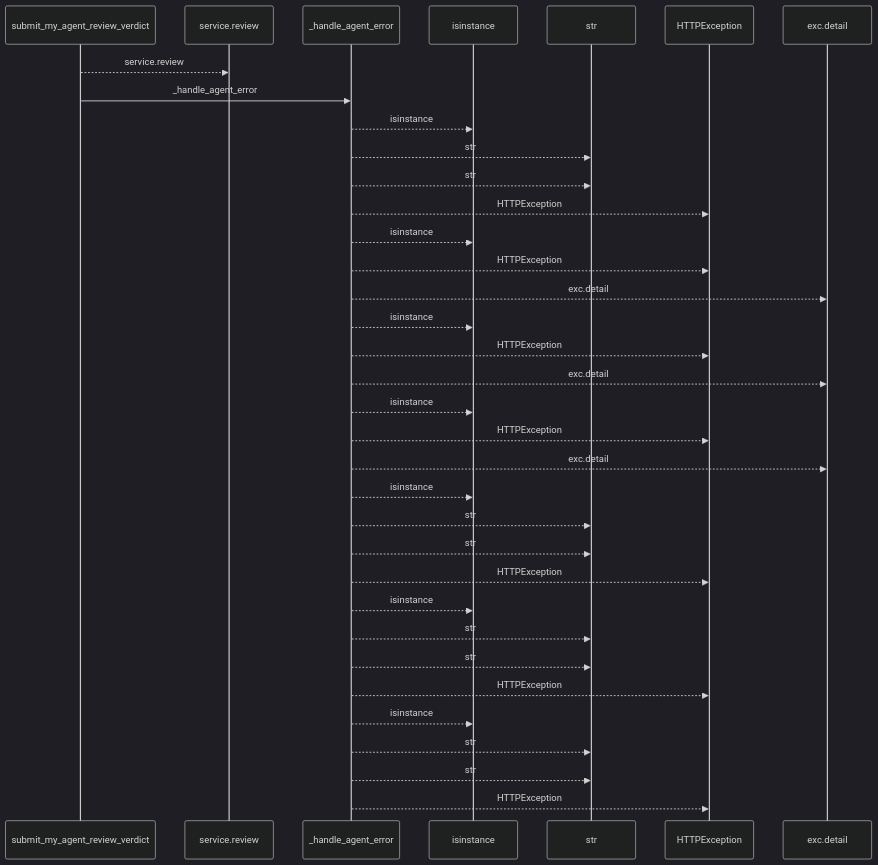
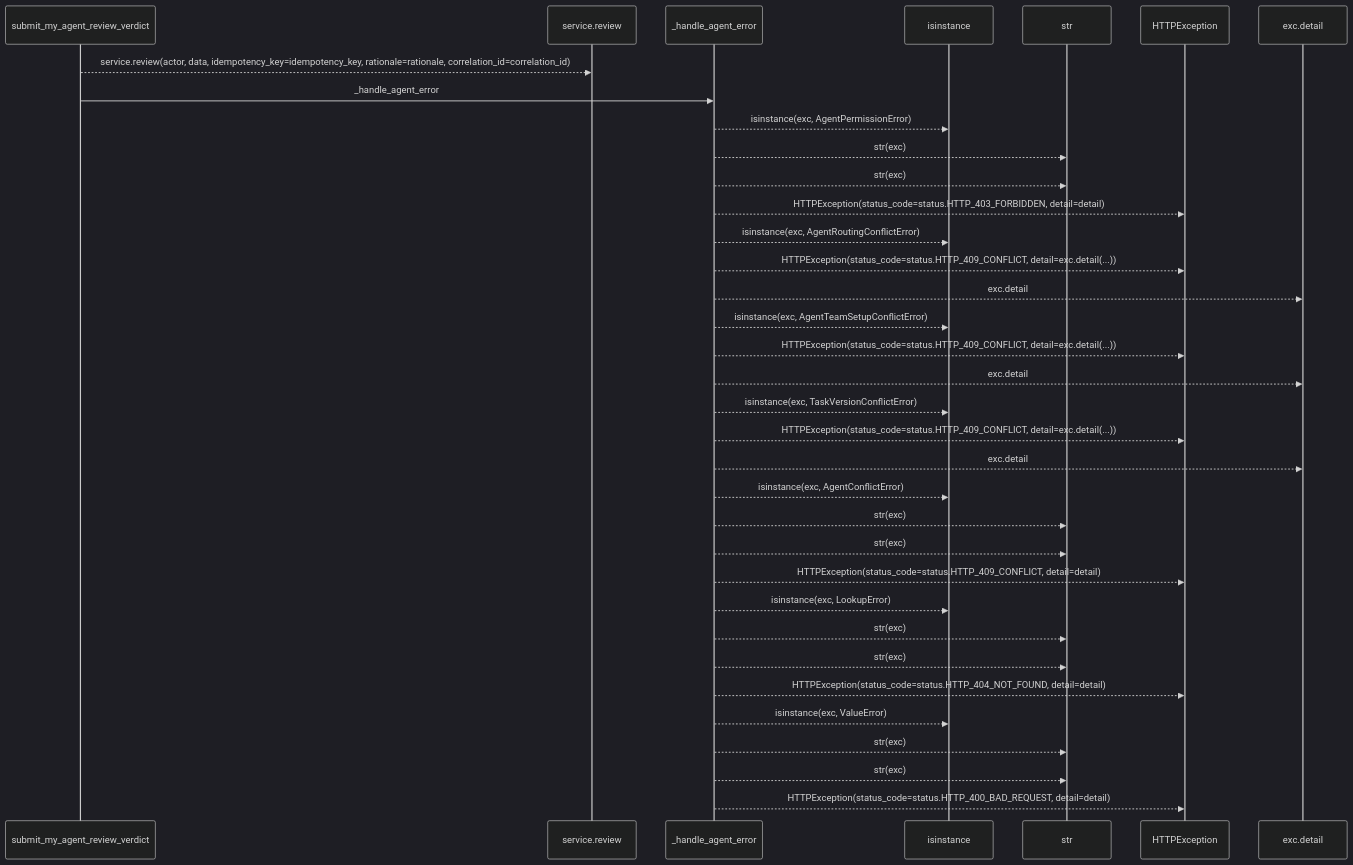
One commit to Denissvgn/WorkChord changed the first of 2 diagrams in docs/llm_wiki/flows/http-submit_my_agent_review_verdict.md. Above: the diagram before and after it, drawn with Mermaid (dark theme). The commit also changed other lines of this file and 25171 other files, not shown here.

````diff
--- a/docs/llm_wiki/flows/http-submit_my_agent_review_verdict.md
+++ b/docs/llm_wiki/flows/http-submit_my_agent_review_verdict.md
@@ -10,37 +12,37 @@
 ```mermaid
 sequenceDiagram
     participant p0 as submit_my_agent_review_verdict
     participant p1 as service.review
     participant p2 as _handle_agent_error
     participant p3 as isinstance
     participant p4 as str
     participant p5 as HTTPException
     participant p6 as exc.detail
-    p0-->>p1: service.review
+    p0-->>p1: service.review(actor, data, idempotency_key=idempotency_key, rationale=rationale, correlation_id=correlation_id)
     p0->>p2: _handle_agent_error
-    p2-->>p3: isinstance
-    p2-->>p4: str
-    p2-->>p4: str
-    p2-->>p5: HTTPException
-    p2-->>p3: isinstance
-    p2-->>p5: HTTPException
+    p2-->>p3: isinstance(exc, AgentPermissionError)
+    p2-->>p4: str(exc)
+    p2-->>p4: str(exc)
+    p2-->>p5: HTTPException(status_code=status.HTTP_403_FORBIDDEN, detail=detail)
+    p2-->>p3: isinstance(exc, AgentRoutingConflictError)
+    p2-->>p5: HTTPException(status_code=status.HTTP_409_CONFLICT, detail=exc.detail(...))
     p2-->>p6: exc.detail
-    p2-->>p3: isinstance
-    p2-->>p5: HTTPException
+    p2-->>p3: isinstance(exc, AgentTeamSetupConflictError)
+    p2-->>p5: HTTPException(status_code=status.HTTP_409_CONFLICT, detail=exc.detail(...))
     p2-->>p6: exc.detail
-    p2-->>p3: isinstance
-    p2-->>p5: HTTPException
+    p2-->>p3: isinstance(exc, TaskVersionConflictError)
+    p2-->>p5: HTTPException(status_code=status.HTTP_409_CONFLICT, detail=exc.detail(...))
     p2-->>p6: exc.detail
-    p2-->>p3: isinstance
-    p2-->>p4: str
-    p2-->>p4: str
-    p2-->>p5: HTTPException
-    p2-->>p3: isinstance
-    p2-->>p4: str
-    p2-->>p4: str
-    p2-->>p5: HTTPException
-    p2-->>p3: isinstance
-    p2-->>p4: str
-    p2-->>p4: str
-    p2-->>p5: HTTPException
+    p2-->>p3: isinstance(exc, AgentConflictError)
+    p2-->>p4: str(exc)
+    p2-->>p4: str(exc)
+    p2-->>p5: HTTPException(status_code=status.HTTP_409_CONFLICT, detail=detail)
+    p2-->>p3: isinstance(exc, LookupError)
+    p2-->>p4: str(exc)
+    p2-->>p4: str(exc)
+    p2-->>p5: HTTPException(status_code=status.HTTP_404_NOT_FOUND, detail=detail)
+    p2-->>p3: isinstance(exc, ValueError)
+    p2-->>p4: str(exc)
+    p2-->>p4: str(exc)
+    p2-->>p5: HTTPException(status_code=status.HTTP_400_BAD_REQUEST, detail=detail)
 ```
````
